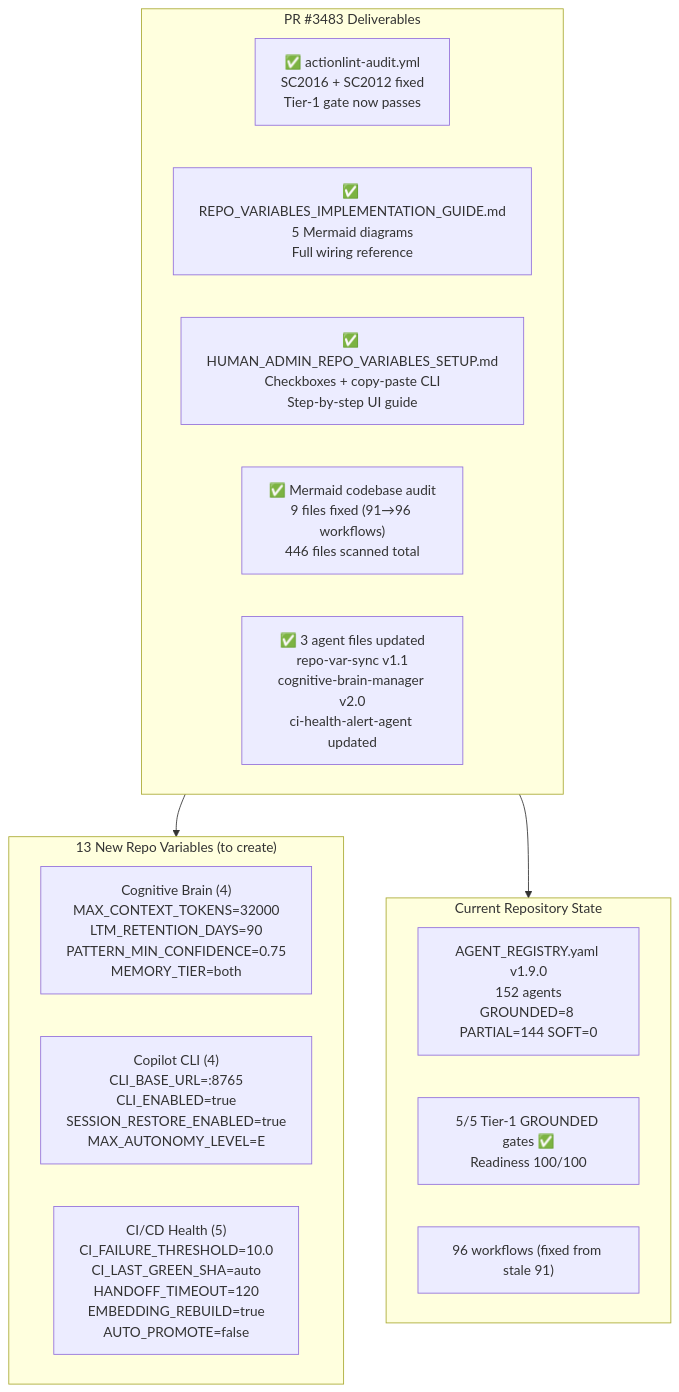
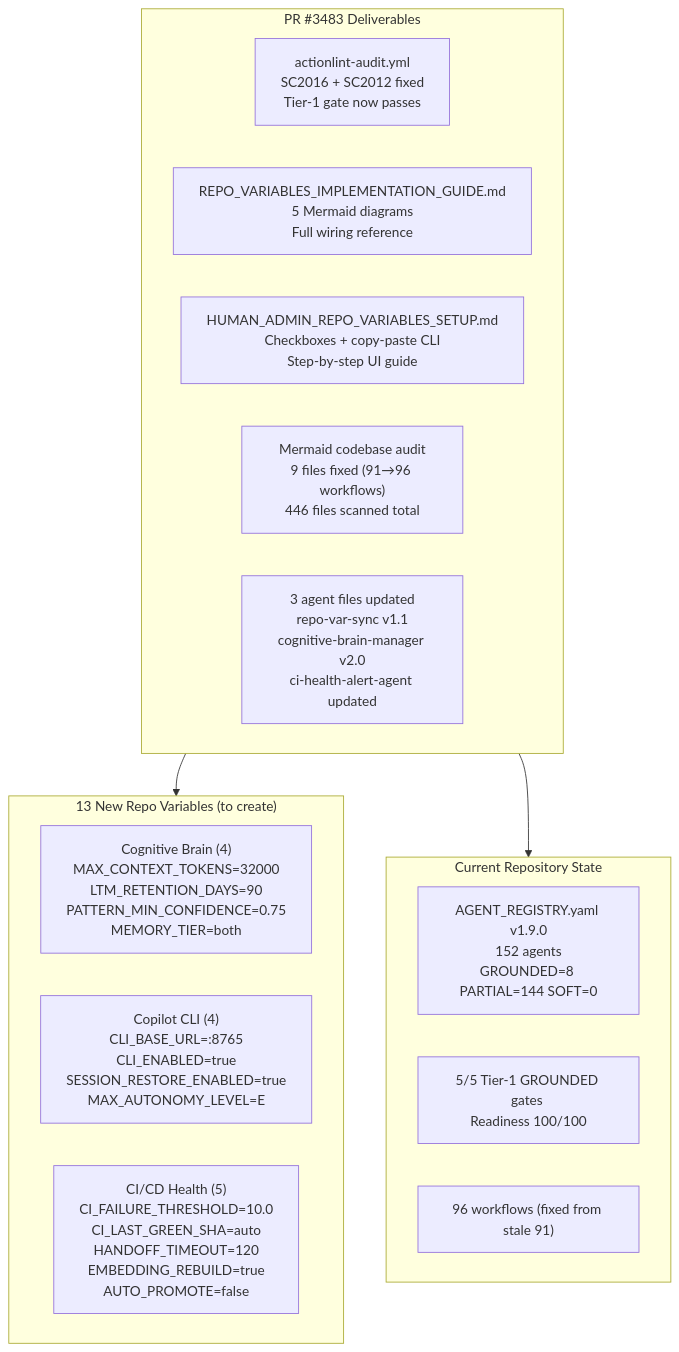
Before and after one commit to Aries-Serpent/_codex_: the first of 2 diagrams in docs/cognitive_brain/status/COGNITIVE_BRAIN_STATUS_PR3483.md, drawn with Mermaid. The commit also changed other lines of this file and 2029 other files, not shown here.

First line of the commit message:
Publish DEPLOYMENT_GUIDE on site and remove GitHub repo links from deployed docs (#5297)

````diff
--- a/docs/cognitive_brain/status/COGNITIVE_BRAIN_STATUS_PR3483.md
+++ b/docs/cognitive_brain/status/COGNITIVE_BRAIN_STATUS_PR3483.md
@@ -37,26 +39,26 @@
 ```mermaid
-%%{init: {'accessibility': {'title': 'Diagram showing "PR #3483 Deliverables", "✅ actionlint-audit.yml\nSC2016 + SC2012 fixed\nTier-1 gate now passes"'}}%%
+%%{init: {'accessibility': {'title': 'Diagram showing "PR #3483 Deliverables", " actionlint-audit.yml\nSC2016 + SC2012 fixed\nTier-1 gate now passes"'}}%%
 graph TB
     subgraph PR3483["PR #3483 Deliverables"]
-        FIX1["✅ actionlint-audit.yml\nSC2016 + SC2012 fixed\nTier-1 gate now passes"]
-        DOCS1["✅ REPO_VARIABLES_IMPLEMENTATION_GUIDE.md\n5 Mermaid diagrams\nFull wiring reference"]
-        DOCS2["✅ HUMAN_ADMIN_REPO_VARIABLES_SETUP.md\nCheckboxes + copy-paste CLI\nStep-by-step UI guide"]
-        AUDIT["✅ Mermaid codebase audit\n9 files fixed (91→96 workflows)\n446 files scanned total"]
-        AGENTS["✅ 3 agent files updated\nrepo-var-sync v1.1\ncognitive-brain-manager v2.0\nci-health-alert-agent updated"]
+        FIX1[" actionlint-audit.yml\nSC2016 + SC2012 fixed\nTier-1 gate now passes"]
+        DOCS1[" REPO_VARIABLES_IMPLEMENTATION_GUIDE.md\n5 Mermaid diagrams\nFull wiring reference"]
+        DOCS2[" HUMAN_ADMIN_REPO_VARIABLES_SETUP.md\nCheckboxes + copy-paste CLI\nStep-by-step UI guide"]
+        AUDIT[" Mermaid codebase audit\n9 files fixed (91→96 workflows)\n446 files scanned total"]
+        AGENTS[" 3 agent files updated\nrepo-var-sync v1.1\ncognitive-brain-manager v2.0\nci-health-alert-agent updated"]
     end
 
     subgraph VARS["13 New Repo Variables (to create)"]
         CB_VARS["Cognitive Brain (4)\nMAX_CONTEXT_TOKENS=32000\nLTM_RETENTION_DAYS=90\nPATTERN_MIN_CONFIDENCE=0.75\nMEMORY_TIER=both"]
         CLI_VARS["Copilot CLI (4)\nCLI_BASE_URL=:8765\nCLI_ENABLED=true\nSESSION_RESTORE_ENABLED=true\nMAX_AUTONOMY_LEVEL=E"]
         CI_VARS["CI/CD Health (5)\nCI_FAILURE_THRESHOLD=10.0\nCI_LAST_GREEN_SHA=auto\nHANDOFF_TIMEOUT=120\nEMBEDDING_REBUILD=true\nAUTO_PROMOTE=false"]
     end
 
     subgraph STATE["Current Repository State"]
         REG["AGENT_REGISTRY.yaml v1.9.0\n152 agents\nGROUNDED=8 PARTIAL=144 SOFT=0"]
-        GATES["5/5 Tier-1 GROUNDED gates ✅\nReadiness 100/100"]
+        GATES["5/5 Tier-1 GROUNDED gates \nReadiness 100/100"]
         WF["96 workflows (fixed from stale 91)"]
     end
 
     PR3483 --> VARS
     PR3483 --> STATE
 ```
````
